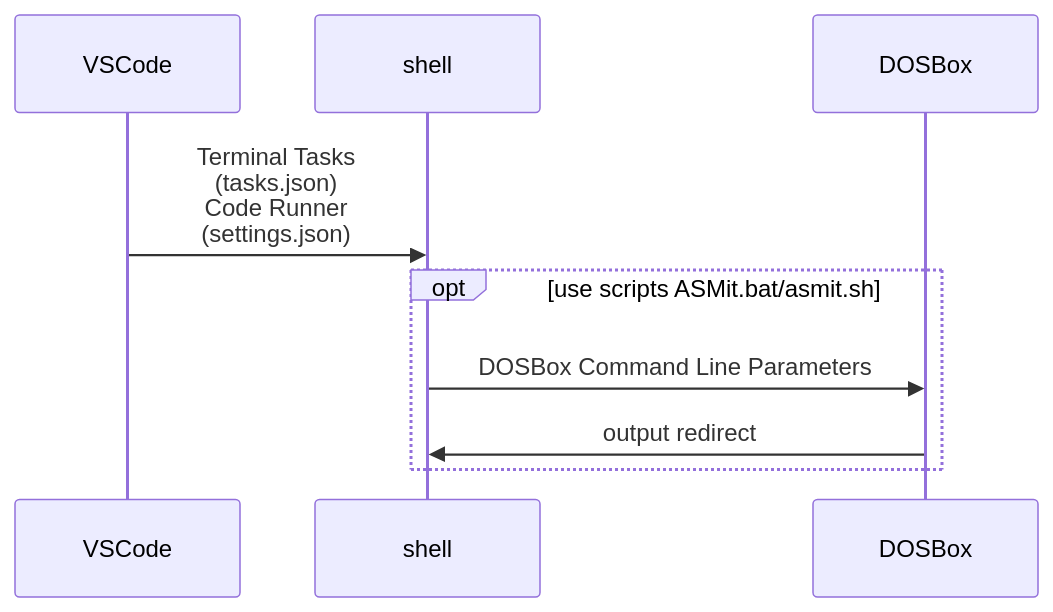
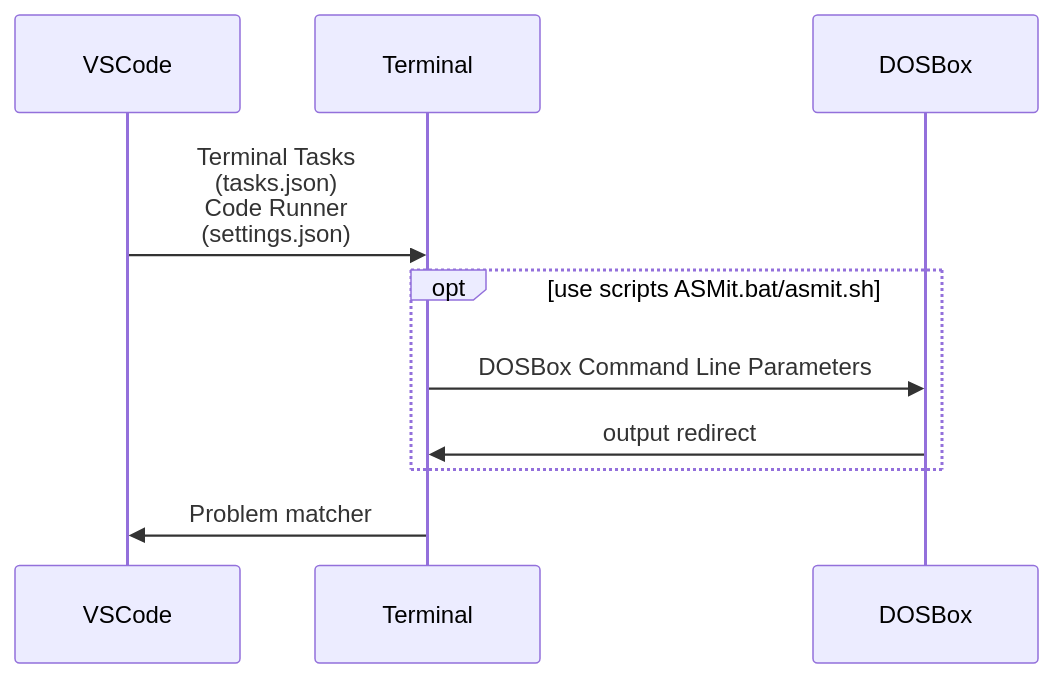
Before and after one commit to xsro/VSC-ASMtasks: the diagram in doc/how-it-work.md, drawn with Mermaid. The commit also changed other lines of this file and 2 other files, not shown here.

Commit message:
修改readme

````diff
--- a/doc/how-it-work.md
+++ b/doc/how-it-work.md
@@ -7,11 +7,12 @@
 ```mermaid
 sequenceDiagram
     participant VSCode
-    participant shell
+    participant Terminal
     participant DOSBox
-    VSCode->>shell: Terminal Tasks<br>(tasks.json)<br>Code Runner <br>(settings.json)
+    VSCode->>Terminal: Terminal Tasks<br>(tasks.json)<br>Code Runner <br>(settings.json)
     opt use scripts ASMit.bat/asmit.sh
-         shell ->>DOSBox:DOSBox Command Line Parameters
-         DOSBox->>shell:output redirect
-    end  
+         Terminal ->>DOSBox:DOSBox Command Line Parameters
+         DOSBox->>Terminal:output redirect
+    end
+    Terminal->>VSCode:Problem matcher
 ```
````
